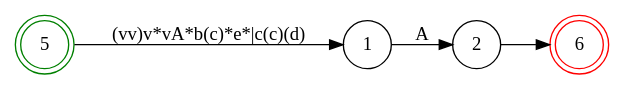
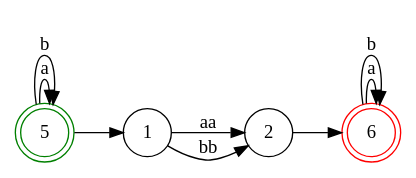
Before and after one commit to v012345/lua5.4.4: the diagram in scripts/lua/dot/NDF.dot, drawn with Graphviz.

```diff
--- a/scripts/lua/dot/NDF.dot
+++ b/scripts/lua/dot/NDF.dot
@@ -1,11 +1,16 @@
 digraph NDF {
     rankdir = LR;
     size = "8,5";
     node [shape = doublecircle;];
     5 [color = green;];
     6 [color = red;];
     node [shape = circle;];
-    5 -> 1 [label = "(vv)v*vA*b(c)*e*|c(c)(d)";];
-    1 -> 2 [label = "A";];
+    5 -> 5 [label = "a";];
+    5 -> 5 [label = "b";];
+    5 -> 1 [label = "";];
+    1 -> 2 [label = "aa";];
+    1 -> 2 [label = "bb";];
     2 -> 6 [label = "";];
+    6 -> 6 [label = "a";];
+    6 -> 6 [label = "b";];
 }
```
